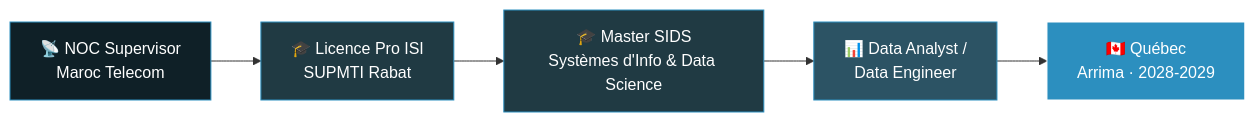
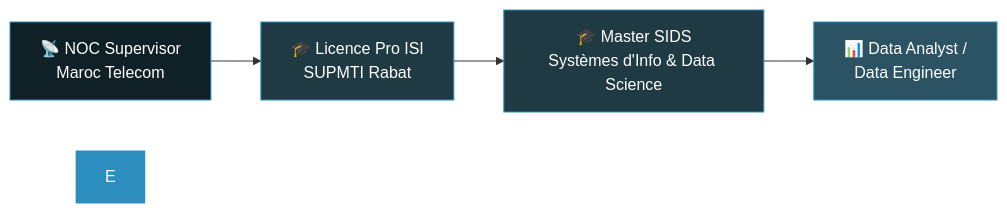
Before and after one commit to Khalifouille/Khalifouille: the diagram in README.md, drawn with Mermaid. The commit also changed other lines of this file, not shown here.

````diff
--- a/README.md
+++ b/README.md
@@ -35,13 +30,12 @@
 ```mermaid
 graph LR
     A["📡 NOC Supervisor<br/>Maroc Telecom"] --> B["🎓 Licence Pro ISI<br/>SUPMTI Rabat"]
     B --> C["🎓 Master SIDS<br/>Systèmes d'Info & Data Science"]
     C --> D["📊 Data Analyst /<br/>Data Engineer"]
-    D --> E["🇨🇦 Québec<br/>Arrima · 2028-2029"]
 
     style A fill:#0f2027,stroke:#2c8fbf,color:#fff
     style B fill:#203a43,stroke:#2c8fbf,color:#fff
     style C fill:#203a43,stroke:#2c8fbf,color:#fff
     style D fill:#2c5364,stroke:#2c8fbf,color:#fff
     style E fill:#2c8fbf,stroke:#fff,color:#fff
 ```
````
